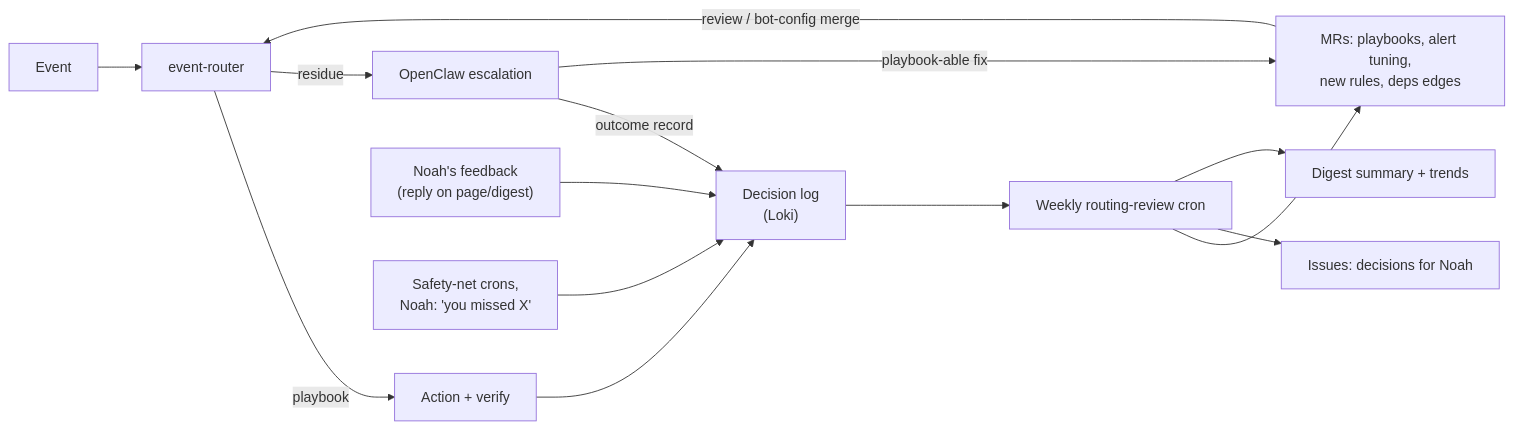
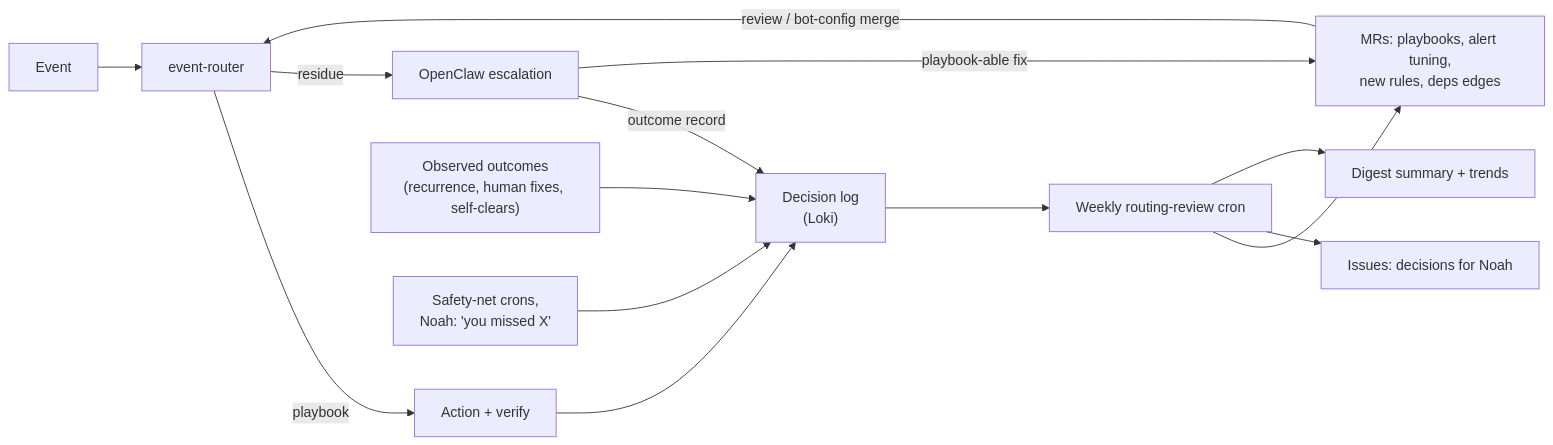
The third of 3 diagrams in docs/design/event-routing.md (konturn/homelab), drawn with Mermaid before and after one commit.

Commit message:
docs(event-routing): diagram reflects observed-outcome signals

````diff
--- a/docs/design/event-routing.md
+++ b/docs/design/event-routing.md
@@ -536,16 +536,16 @@
 ```mermaid
 graph LR
     ev["Event"] --> rt["event-router"]
     rt -- "playbook" --> pb["Action + verify"]
     rt -- "residue" --> oc["OpenClaw escalation"]
     pb --> dl["Decision log<br/>(Loki)"]
     oc -- "outcome record" --> dl
-    fb["Noah's feedback<br/>(reply on page/digest)"] --> dl
+    fb["Observed outcomes<br/>(recurrence, human fixes, self-clears)"] --> dl
     poll["Safety-net crons,<br/>Noah: 'you missed X'"] --> dl
     dl --> rev["Weekly routing-review cron"]
     oc -- "playbook-able fix" --> mr["MRs: playbooks, alert tuning,<br/>new rules, deps edges"]
     rev --> mr
     rev --> iss["Issues: decisions for Noah"]
     mr -- "review / bot-config merge" --> rt
     rev --> dig["Digest summary + trends"]
 ```
````
